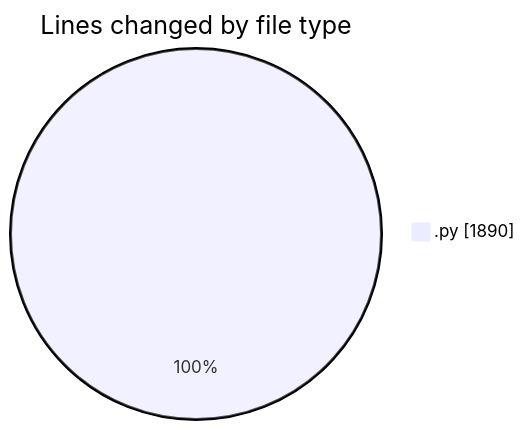
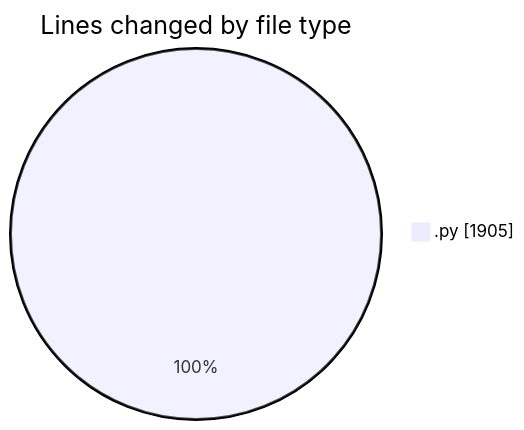
One commit to MatusMokan/code-tracking changed the first of 2 diagrams in 2025-04-12/myws__workspace_/README.md. Above: the diagram before and after it, drawn with Mermaid. The commit also changed other lines of this file and 1 other file, not shown here.

````diff
--- a/2025-04-12/myws__workspace_/README.md
+++ b/2025-04-12/myws__workspace_/README.md
@@ -22,5 +22,5 @@
 ```mermaid
 pie showData
 title Lines changed by file type
-".py" : 1890
+".py" : 1905
 ```
````
